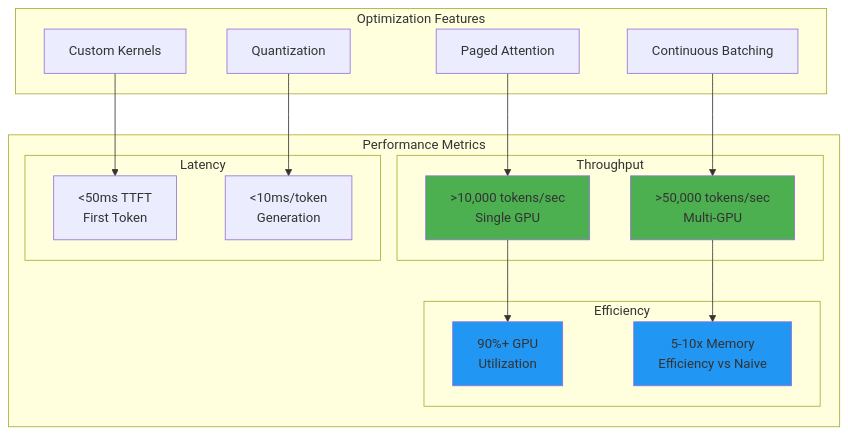
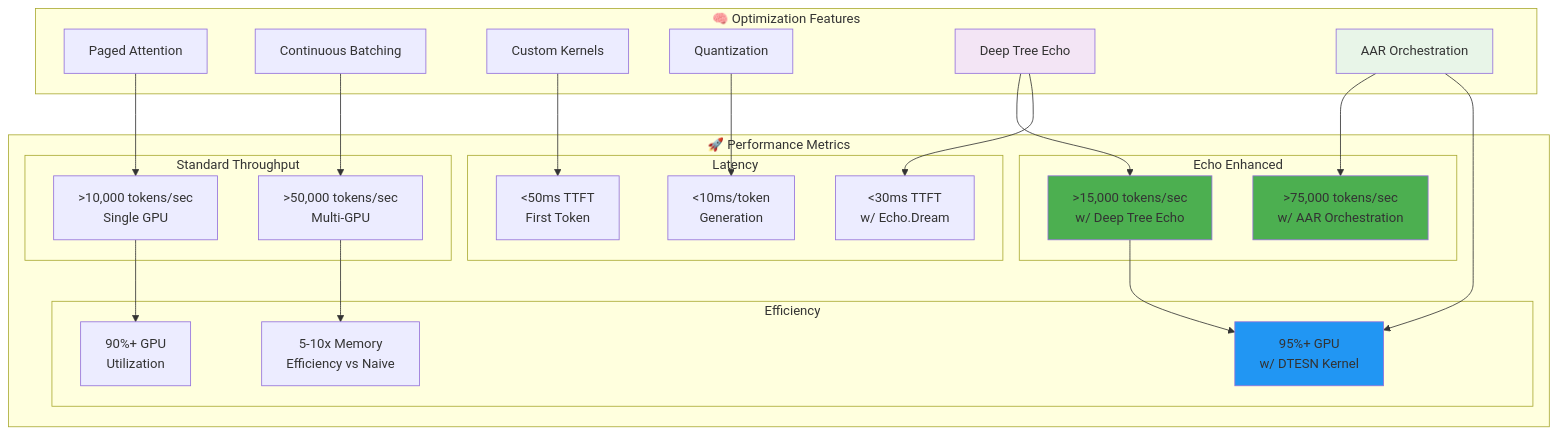
Diagram 14 of 15 in README.md (EchoCog/aphroditecho), drawn with Mermaid before and after one commit. The commit also changed other lines of this file and 2 other files, not shown here.

Commit message:
Comprehensive README & technical architecture documentation enhancement with detailed Mermaid diagrams

````diff
--- a/README.md
+++ b/README.md
@@ -551,39 +1035,54 @@
 ```mermaid
 graph TB
-    subgraph "Performance Metrics"
-        subgraph "Throughput"
+    subgraph "🚀 Performance Metrics"
+        subgraph "Standard Throughput"
             T1[>10,000 tokens/sec<br/>Single GPU]
             T2[>50,000 tokens/sec<br/>Multi-GPU]
+        end
+        
+        subgraph "Echo Enhanced"
+            ET1[>15,000 tokens/sec<br/>w/ Deep Tree Echo]
+            ET2[>75,000 tokens/sec<br/>w/ AAR Orchestration]
         end
         
         subgraph "Latency" 
             L1[<50ms TTFT<br/>First Token]
             L2[<10ms/token<br/>Generation]
+            EL1[<30ms TTFT<br/>w/ Echo.Dream]
         end
         
         subgraph "Efficiency"
             E1[90%+ GPU<br/>Utilization]
             E2[5-10x Memory<br/>Efficiency vs Naive]
+            EE1[95%+ GPU<br/>w/ DTESN Kernel]
         end
     end
     
-    subgraph "Optimization Features"
+    subgraph "🧠 Optimization Features"
         PA[Paged Attention]
         CB[Continuous Batching] 
         CK[Custom Kernels]
         QT[Quantization]
+        DTE[Deep Tree Echo]
+        AAR[AAR Orchestration]
     end
     
     PA --> T1
     CB --> T2
     CK --> L1
     QT --> L2
+    DTE --> ET1
+    AAR --> ET2
+    DTE --> EL1
+    AAR --> EE1
     
     T1 --> E1
     T2 --> E2
+    ET1 --> EE1
     
-    style T1 fill:#4caf50
-    style T2 fill:#4caf50
-    style E1 fill:#2196f3
-    style E2 fill:#2196f3
+    style ET1 fill:#4caf50
+    style ET2 fill:#4caf50
+    style EE1 fill:#2196f3
+    style DTE fill:#f3e5f5
+    style AAR fill:#e8f5e8
 ```
````
